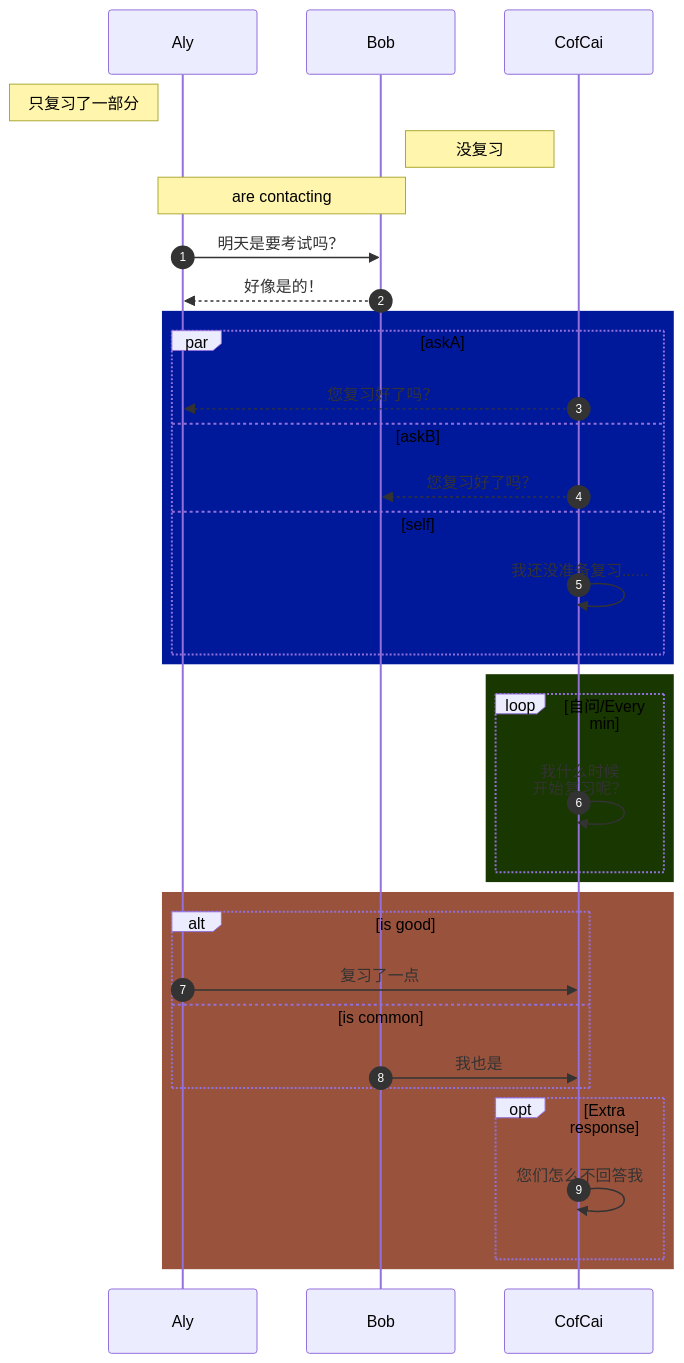
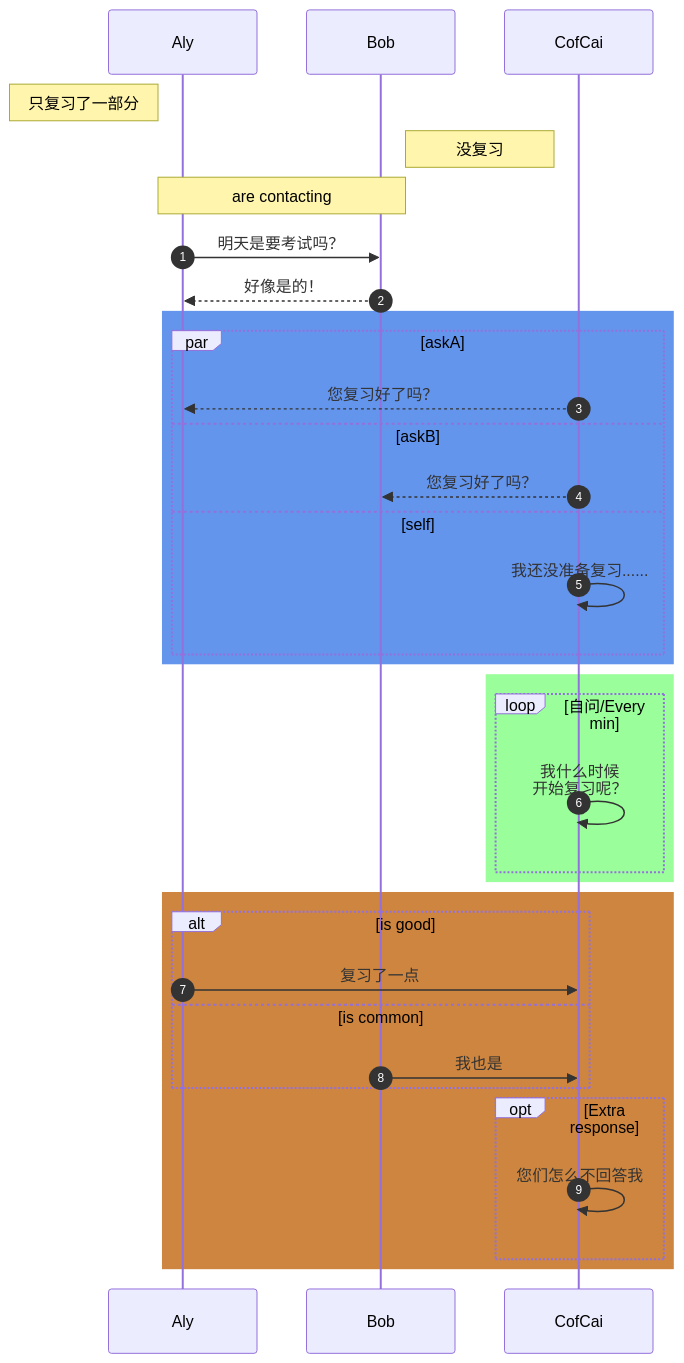
One commit to sankgao/sankgao.github.io changed the fourth of 6 diagrams in docs/about/notes/markdown_syntax.md. Above: the diagram before and after it, drawn with Mermaid. The commit also changed other lines of this file and 4 other files, not shown here.

````diff
--- a/docs/about/notes/markdown_syntax.md
+++ b/docs/about/notes/markdown_syntax.md
@@ -1329,45 +1266,52 @@
 ```mermaid
 sequenceDiagram
-	%% 自动编号
-	autonumber
-	%% 定义参与者并取别名，aliases：别名
+    %% 自动编号
+    autonumber
+
+    %% 定义参与者并取别名，aliases：别名
         participant A as Aly
         participant B as Bob
         participant C as CofCai
+
         %% 便签说明
         Note left of A: 只复习了一部分
         Note right of B: 没复习
         Note over A,B: are contacting
-        A->>B: 明天是要考试吗？
-        B-->>A: 好像是的！
+        A ->> B: 明天是要考试吗？
+        B -->> A: 好像是的！
+
         %% 显示并行发生的动作，parallel：平行
         %% par [action1]
-        rect rgb(0, 25, 155)
+        rect rgb(100, 149, 237)
             par askA
-                C -->> A:您复习好了吗？
+                C -->> A: 您复习好了吗？
             and askB
-                C -->> B:您复习好了吗？
+                C -->> B: 您复习好了吗？
             and self
-                C ->>C:我还没准备复习......
+                C ->> C: 我还没准备复习......
             end
         end
+
         %% 背景高亮，提供一个有颜色的背景矩形
-        rect rgb(25, 55, 0)
+        rect rgb(154, 255, 154)
             loop 自问/Every min
-            %% <br/>可以换行
-            C ->> C:我什么时候<br/>开始复习呢？
+
+            %% <br />可以换行
+            C ->> C: 我什么时候<br />开始复习呢？
             end
         end
+
         %% 可选择路径
-        rect rgb(153, 83, 60)
+        rect rgb(205, 133, 63)
             alt is good
-                A ->> C:复习了一点
+                A ->> C: 复习了一点
             else is common
-                B ->> C:我也是
+                B ->> C: 我也是
             end
-            %% 没有else时可以提供默认的opt
+
+            %% 没有 else 时可以提供默认的 opt
             opt Extra response
-                C ->> C:您们怎么不回答我
+                C ->> C: 您们怎么不回答我
             end
         end
 ```
````
